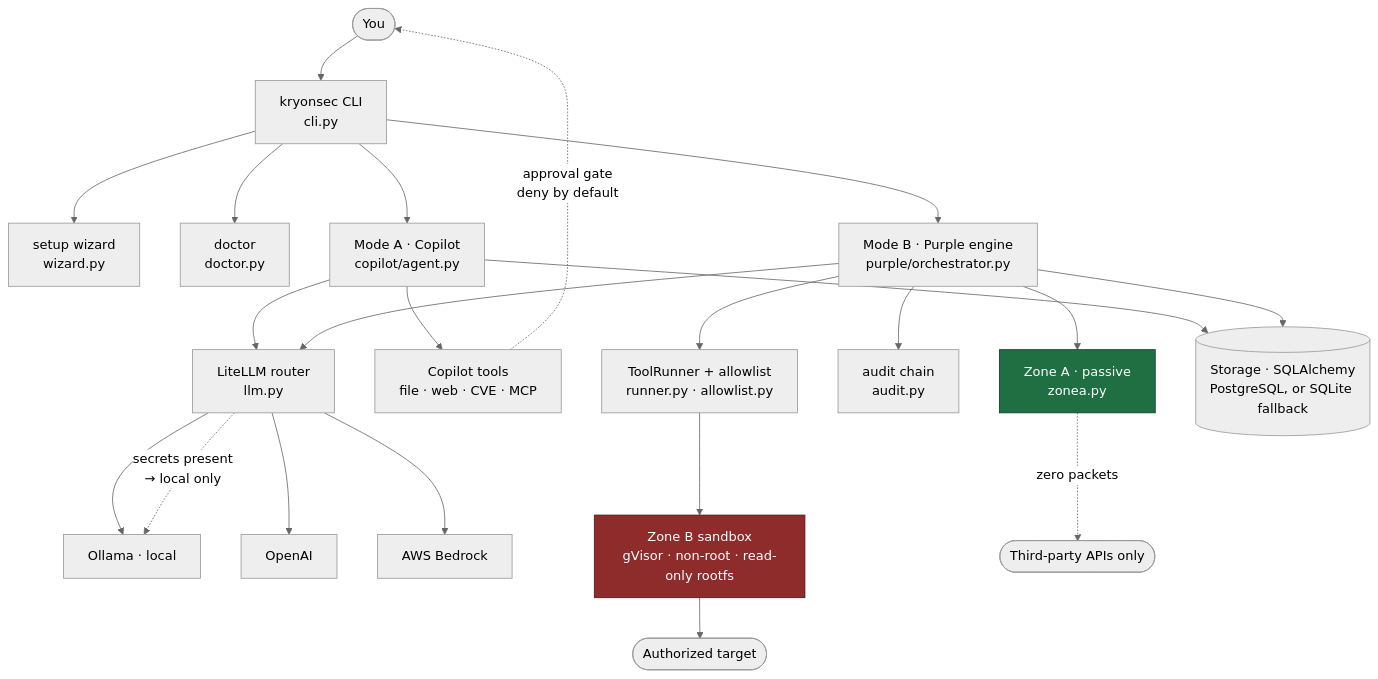
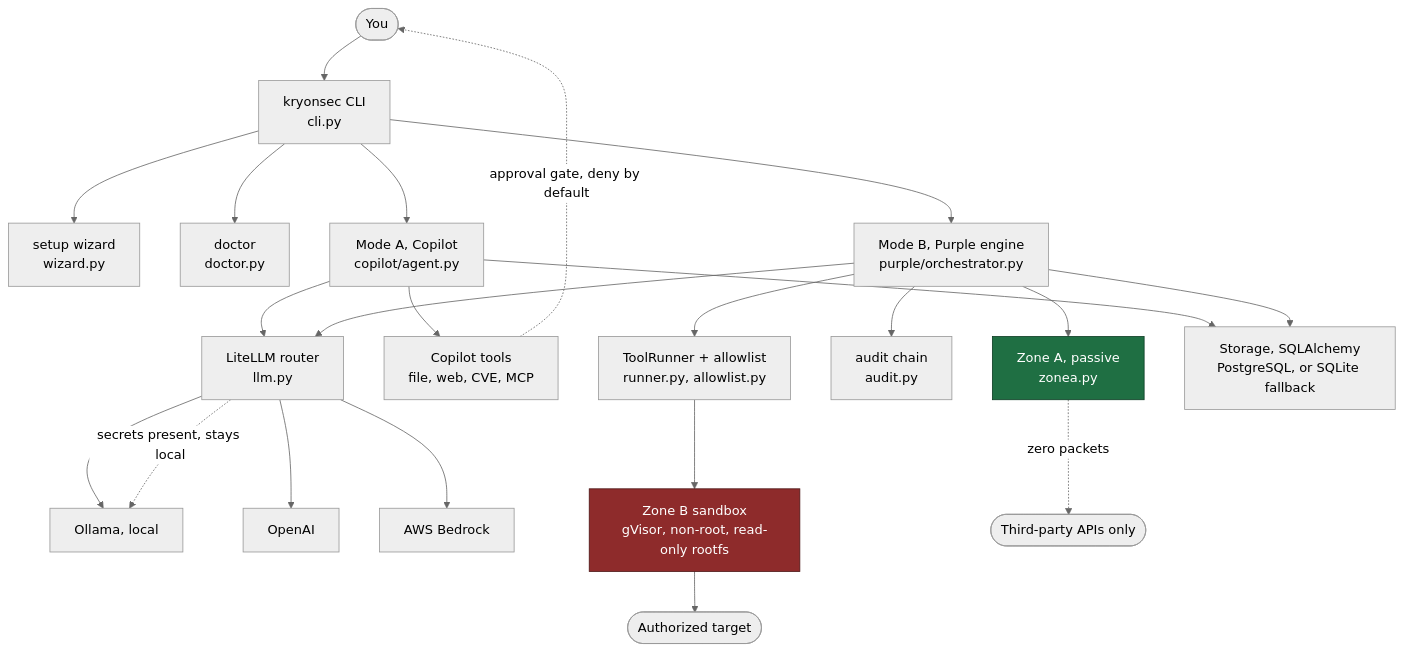
One commit to GonchiJoshnaVardhanReddy/kryon-sec changed the first of 5 diagrams in README.md. Above: the diagram before and after it, drawn with Mermaid (neutral theme). The commit also changed other lines of this file, not shown here.

Commit message:
docs: fix the architecture diagram and swap in the real demo video
The Architecture flowchart used quoted labels on dotted links
(-. "text" .->), which Mermaid fails to parse, so the diagram rendered
as an error box in the section readers land on first. Every other diagram
in the README already used the plain --> / -.-> forms and rendered fine.

Rewrote it with the pipe-label form (-.->|text|) and quoted the two
unquoted stadium labels. Also swapped the demo video for the current one.

````diff
--- a/README.md
+++ b/README.md
@@ -175,35 +175,35 @@
 ```mermaid
 flowchart TB
-    You([You]) --> CLI["kryonsec CLI<br/>cli.py"]
+    You(["You"]) --> CLI["kryonsec CLI<br/>cli.py"]
 
     CLI --> WIZ["setup wizard<br/>wizard.py"]
     CLI --> DOC["doctor<br/>doctor.py"]
-    CLI --> MODEA["Mode A · Copilot<br/>copilot/agent.py"]
-    CLI --> MODEB["Mode B · Purple engine<br/>purple/orchestrator.py"]
+    CLI --> MODEA["Mode A, Copilot<br/>copilot/agent.py"]
+    CLI --> MODEB["Mode B, Purple engine<br/>purple/orchestrator.py"]
 
     MODEA --> LLM["LiteLLM router<br/>llm.py"]
     MODEB --> LLM
-    LLM --> OLL["Ollama · local"]
+    LLM --> OLL["Ollama, local"]
     LLM --> OAI["OpenAI"]
     LLM --> BR["AWS Bedrock"]
-    LLM -. "secrets present<br/>→ local only" .-> OLL
+    LLM -.->|secrets present, stays local| OLL
 
-    MODEA --> CTOOLS["Copilot tools<br/>file · web · CVE · MCP"]
-    CTOOLS -. "approval gate<br/>deny by default" .-> You
+    MODEA --> CTOOLS["Copilot tools<br/>file, web, CVE, MCP"]
+    CTOOLS -.->|approval gate, deny by default| You
 
-    MODEB --> RUN["ToolRunner + allowlist<br/>runner.py · allowlist.py"]
+    MODEB --> RUN["ToolRunner + allowlist<br/>runner.py, allowlist.py"]
     MODEB --> AUD["audit chain<br/>audit.py"]
-    MODEB --> ZA["Zone A · passive<br/>zonea.py"]
+    MODEB --> ZA["Zone A, passive<br/>zonea.py"]
 
-    RUN --> SB["Zone B sandbox<br/>gVisor · non-root · read-only rootfs"]
-    SB --> TARGET([Authorized target])
-    ZA -. "zero packets" .-> THIRD([Third-party APIs only])
+    RUN --> SB["Zone B sandbox<br/>gVisor, non-root, read-only rootfs"]
+    SB --> TARGET(["Authorized target"])
+    ZA -.->|zero packets| THIRD(["Third-party APIs only"])
 
-    MODEA --> STORE[("Storage · SQLAlchemy<br/>PostgreSQL, or SQLite fallback")]
+    MODEA --> STORE["Storage, SQLAlchemy<br/>PostgreSQL, or SQLite fallback"]
     MODEB --> STORE
 
     classDef safe fill:#1f6f43,stroke:#0d3d24,color:#fff
     classDef danger fill:#8e2b2b,stroke:#4d1616,color:#fff
     class ZA safe
     class SB danger
 ```
````
